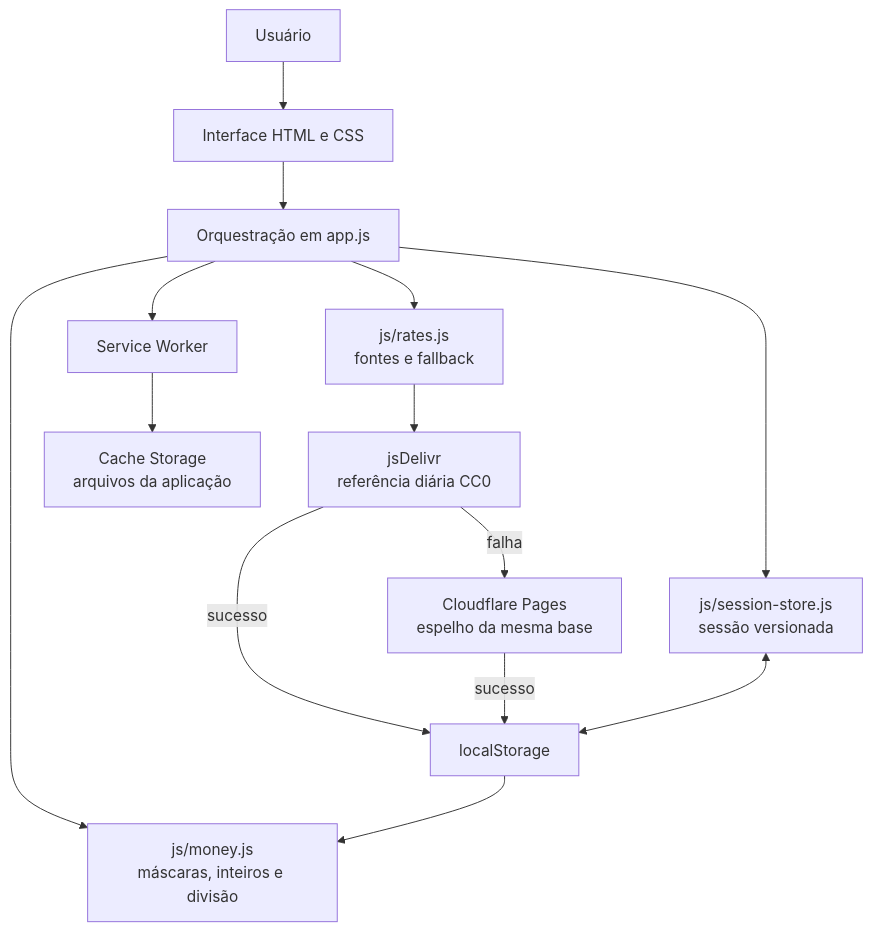
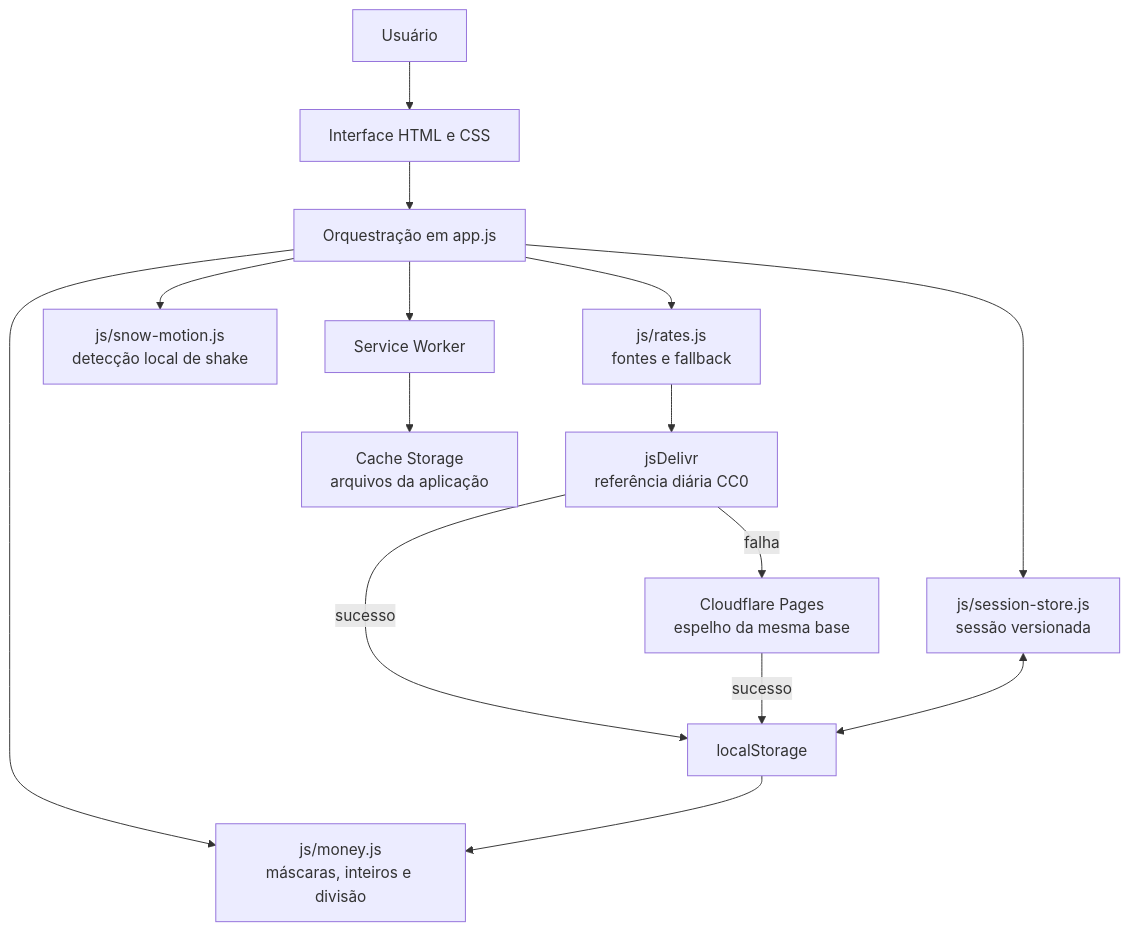
One commit to rgjuni0r/conversor-clp-brl changed the diagram in README.md. Above: the diagram before and after it, drawn with Mermaid. The commit also changed other lines of this file and 6 other files, not shown here.

Commit message:
feat: add shake-activated snow globe effect on mobile

````diff
--- a/README.md
+++ b/README.md
@@ -72,16 +73,17 @@
 ```mermaid
 flowchart TD
     U[Usuário] --> UI[Interface HTML e CSS]
     UI --> APP[Orquestração em app.js]
     APP --> MONEY[js/money.js<br/>máscaras, inteiros e divisão]
     APP --> SESSION[js/session-store.js<br/>sessão versionada]
     APP --> RATES[js/rates.js<br/>fontes e fallback]
+    APP --> MOTION[js/snow-motion.js<br/>detecção local de shake]
     RATES --> PRIMARY[jsDelivr<br/>referência diária CC0]
     PRIMARY -->|sucesso| STORE[localStorage]
     PRIMARY -->|falha| FALLBACK[Cloudflare Pages<br/>espelho da mesma base]
     FALLBACK -->|sucesso| STORE
     SESSION <--> STORE
     STORE --> MONEY
     APP --> SW[Service Worker]
     SW --> CACHE[Cache Storage<br/>arquivos da aplicação]
 ```
````
